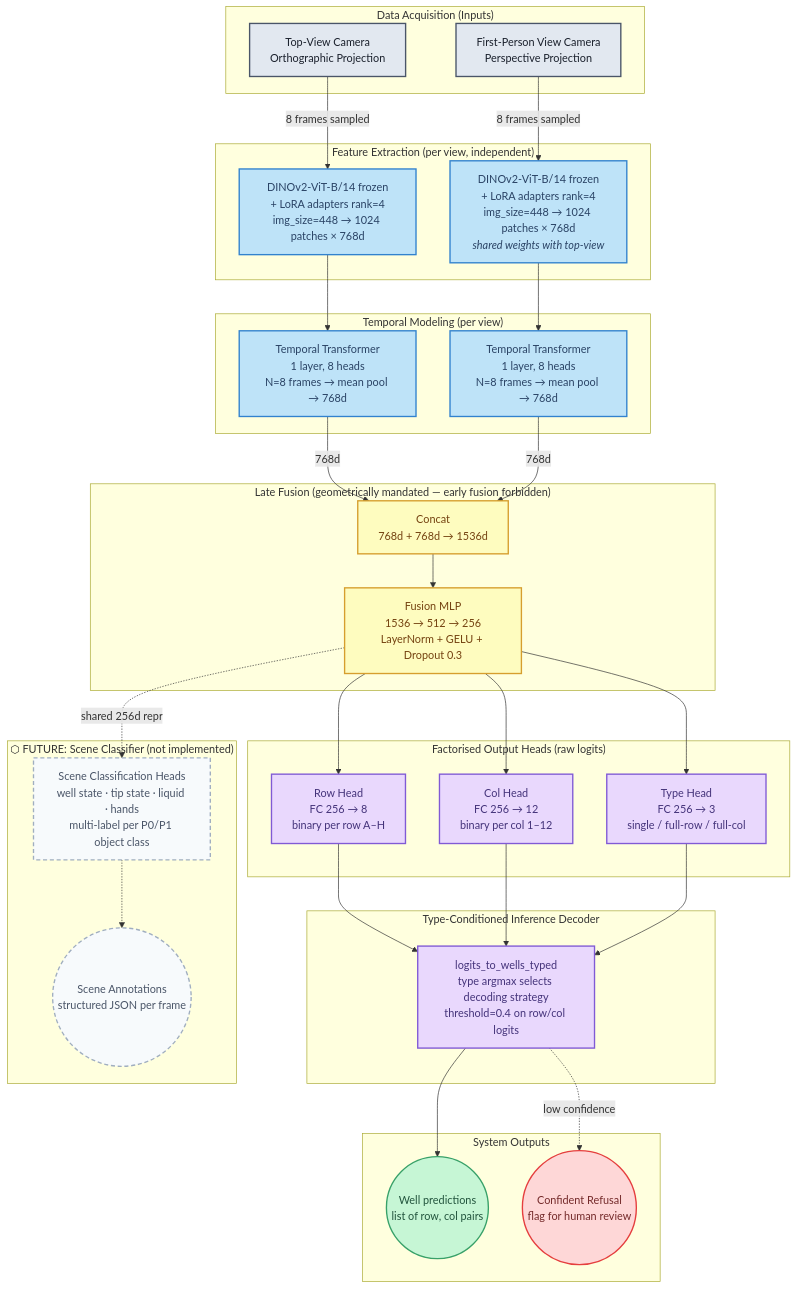
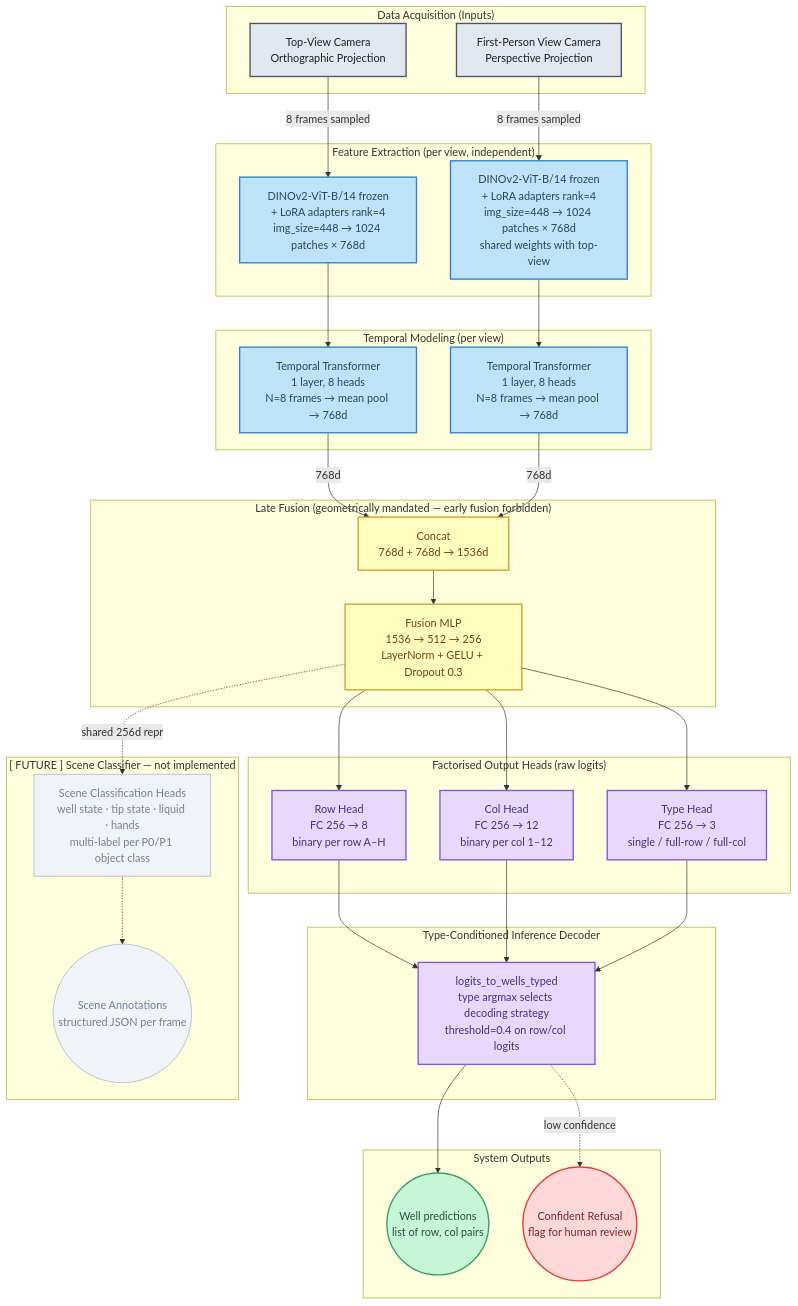
The diagram in docs/ARCHITECURE_DIAGRAM.md (linwoes/pipette-well-challenge), drawn with Mermaid before and after one commit.

Commit message:
fix: make Mermaid diagram compatible with VSCode plugin
Three parser issues prevented rendering:
- Remove <i> HTML tag from node label (Mermaid only supports <br/>)
- Replace stroke-dasharray:6 4 in classDef (requires Mermaid 10+;
  VSCode plugins bundle older versions) with plain fill/stroke
- Replace ⬡ Unicode in subgraph title with ASCII equivalent

```diff
--- a/docs/ARCHITECURE_DIAGRAM.md
+++ b/docs/ARCHITECURE_DIAGRAM.md
@@ -9,7 +9,7 @@
     %% Feature Extraction — each view encoded independently in its native frame
     subgraph FeatureExtraction ["Feature Extraction (per view, independent)"]
         DINO_TV[DINOv2-ViT-B/14 frozen<br/>+ LoRA adapters rank=4<br/>img_size=448 → 1024 patches × 768d]
-        DINO_FPV[DINOv2-ViT-B/14 frozen<br/>+ LoRA adapters rank=4<br/>img_size=448 → 1024 patches × 768d<br/><i>shared weights with top-view</i>]
+        DINO_FPV[DINOv2-ViT-B/14 frozen<br/>+ LoRA adapters rank=4<br/>img_size=448 → 1024 patches × 768d<br/>shared weights with top-view]
     end
 
     %% Temporal processing — per view
@@ -66,7 +66,7 @@
     DECODE -.-> |low confidence| REFUSAL
 
     %% ── Future: Scene Classifier (proposed, not implemented) ──────────────
-    subgraph SceneClassifier ["⬡ FUTURE: Scene Classifier (not implemented)"]
+    subgraph SceneClassifier ["[ FUTURE ] Scene Classifier — not implemented"]
         SC_HEAD[Scene Classification Heads<br/>well state · tip state · liquid · hands<br/>multi-label per P0/P1 object class]
         SC_OUT((Scene Annotations<br/>structured JSON per frame))
     end
@@ -82,8 +82,8 @@
     classDef output_pass fill:#c6f6d5,stroke:#38a169,stroke-width:2px,color:#22543d
     classDef output_fail fill:#fed7d7,stroke:#e53e3e,stroke-width:2px,color:#742a2a
 
-    %% Styling — future / proposed (dashed border, muted grey)
-    classDef future fill:#f7fafc,stroke:#a0aec0,stroke-width:2px,stroke-dasharray:6 4,color:#4a5568
+    %% Styling — future / proposed (light fill + thin grey border to distinguish from implemented)
+    classDef future fill:#f0f4f8,stroke:#a0aec0,stroke-width:1px,color:#718096
 
     class TV,FPV input
     class DINO_TV,DINO_FPV,TEMP_TV,TEMP_FPV model
```
